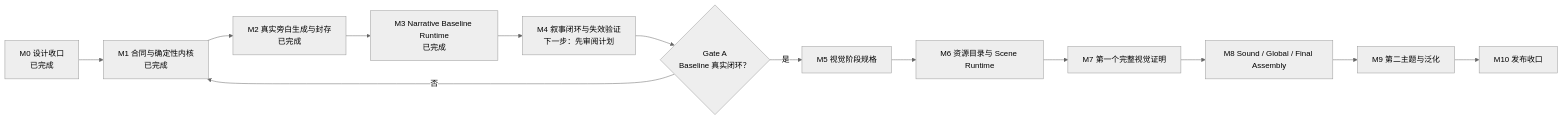
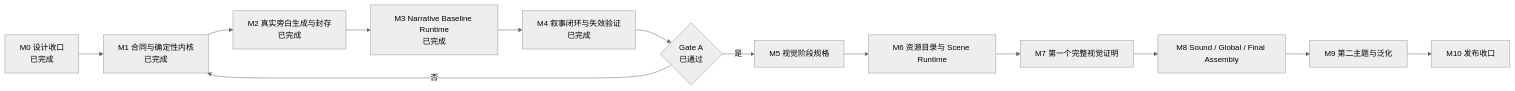
Before and after one commit to AXMORF/axmorf-studio: the diagram in docs/ROADMAP.md, drawn with Mermaid (neutral theme). The commit also changed other lines of this file and 10 other files, not shown here.

````diff
--- a/docs/ROADMAP.md
+++ b/docs/ROADMAP.md
@@ -43,15 +43,15 @@
 ```mermaid
 flowchart LR
     M0["M0 设计收口<br/>已完成"] --> M1["M1 合同与确定性内核<br/>已完成"]
     M1 --> M2["M2 真实旁白生成与封存<br/>已完成"]
     M2 --> M3["M3 Narrative Baseline Runtime<br/>已完成"]
-    M3 --> M4["M4 叙事闭环与失效验证<br/>下一步：先审阅计划"]
-    M4 --> G1{"Gate A<br/>Baseline 真实闭环？"}
+    M3 --> M4["M4 叙事闭环与失效验证<br/>已完成"]
+    M4 --> G1{"Gate A<br/>已通过"}
     G1 -->|"是"| M5["M5 视觉阶段规格"]
     G1 -->|"否"| M1
     M5 --> M6["M6 资源目录与 Scene Runtime"]
     M6 --> M7["M7 第一个完整视觉证明"]
     M7 --> M8["M8 Sound / Global / Final Assembly"]
     M8 --> M9["M9 第二主题与泛化"]
     M9 --> M10["M10 发布收口"]
 ```
````
